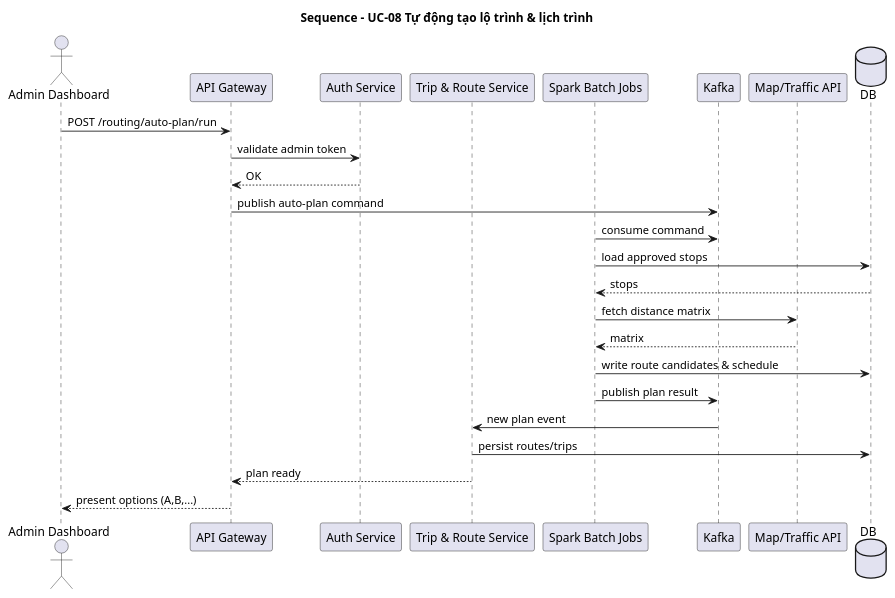
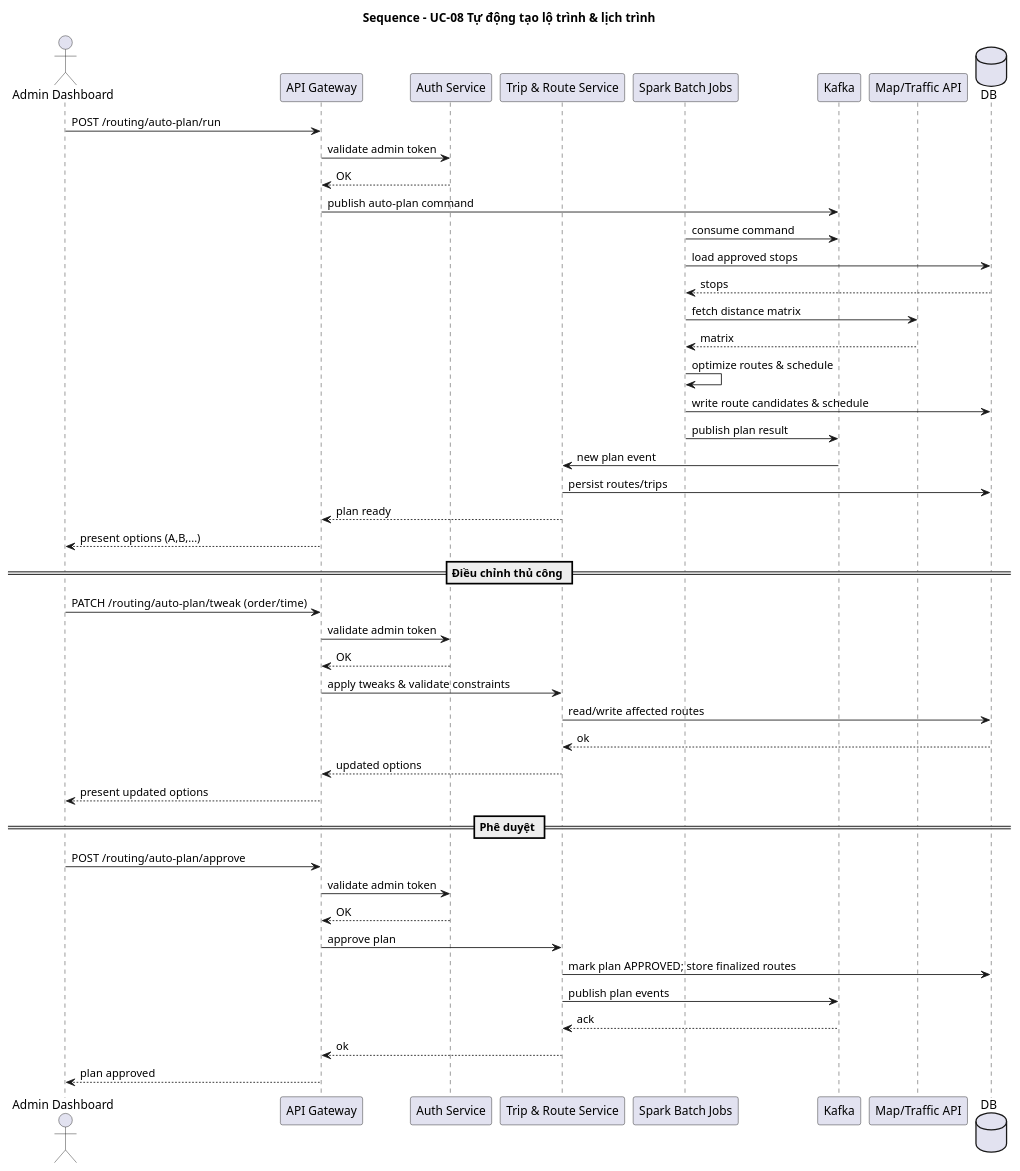
Before and after one commit to phuongbv00/hust-bus-stop: the diagram in docs/uml/sequence/sequence_uc08_auto_routing_and_scheduling.puml, drawn with PlantUML. The commit also changed 26 other files, not shown here.

Commit message:
docs: update diagrams

```diff
--- a/docs/uml/sequence/sequence_uc08_auto_routing_and_scheduling.puml
+++ b/docs/uml/sequence/sequence_uc08_auto_routing_and_scheduling.puml
@@ -1,29 +1,54 @@
 @startuml
 title Sequence - UC-08 Tự động tạo lộ trình & lịch trình
 actor "Admin Dashboard" as AdminUI
 participant "API Gateway" as API
 participant "Auth Service" as Auth
 participant "Trip & Route Service" as TripSvc
 participant "Spark Batch Jobs" as Spark
 participant "Kafka" as Kafka
 participant "Map/Traffic API" as MapAPI
 database "DB" as DB
 
 AdminUI -> API : POST /routing/auto-plan/run
 API -> Auth : validate admin token
 Auth --> API : OK
 API -> Kafka : publish auto-plan command
 
 Spark -> Kafka : consume command
 Spark -> DB : load approved stops
 DB --> Spark : stops
 Spark -> MapAPI : fetch distance matrix
 MapAPI --> Spark : matrix
+Spark -> Spark: optimize routes & schedule
 Spark -> DB : write route candidates & schedule
 Spark -> Kafka : publish plan result
 
 Kafka -> TripSvc : new plan event
 TripSvc -> DB : persist routes/trips
 TripSvc --> API : plan ready
 API --> AdminUI : present options (A,B,...)
+
+== Điều chỉnh thủ công ==
+AdminUI -> API : PATCH /routing/auto-plan/tweak (order/time)
+API -> Auth : validate admin token
+Auth --> API : OK
+API -> TripSvc : apply tweaks & validate constraints
+TripSvc -> DB : read/write affected routes
+DB --> TripSvc : ok
+TripSvc --> API : updated options
+API --> AdminUI : present updated options
+
+== Phê duyệt ==
+AdminUI -> API : POST /routing/auto-plan/approve
+API -> Auth : validate admin token
+Auth --> API : OK
+API -> TripSvc : approve plan
+TripSvc -> DB : mark plan APPROVED; store finalized routes
+TripSvc -> Kafka : publish plan events
+Kafka --> TripSvc : ack
+TripSvc --> API : ok
+API --> AdminUI : plan approved
+
+note over AdminUI
+end note
 @enduml
```
